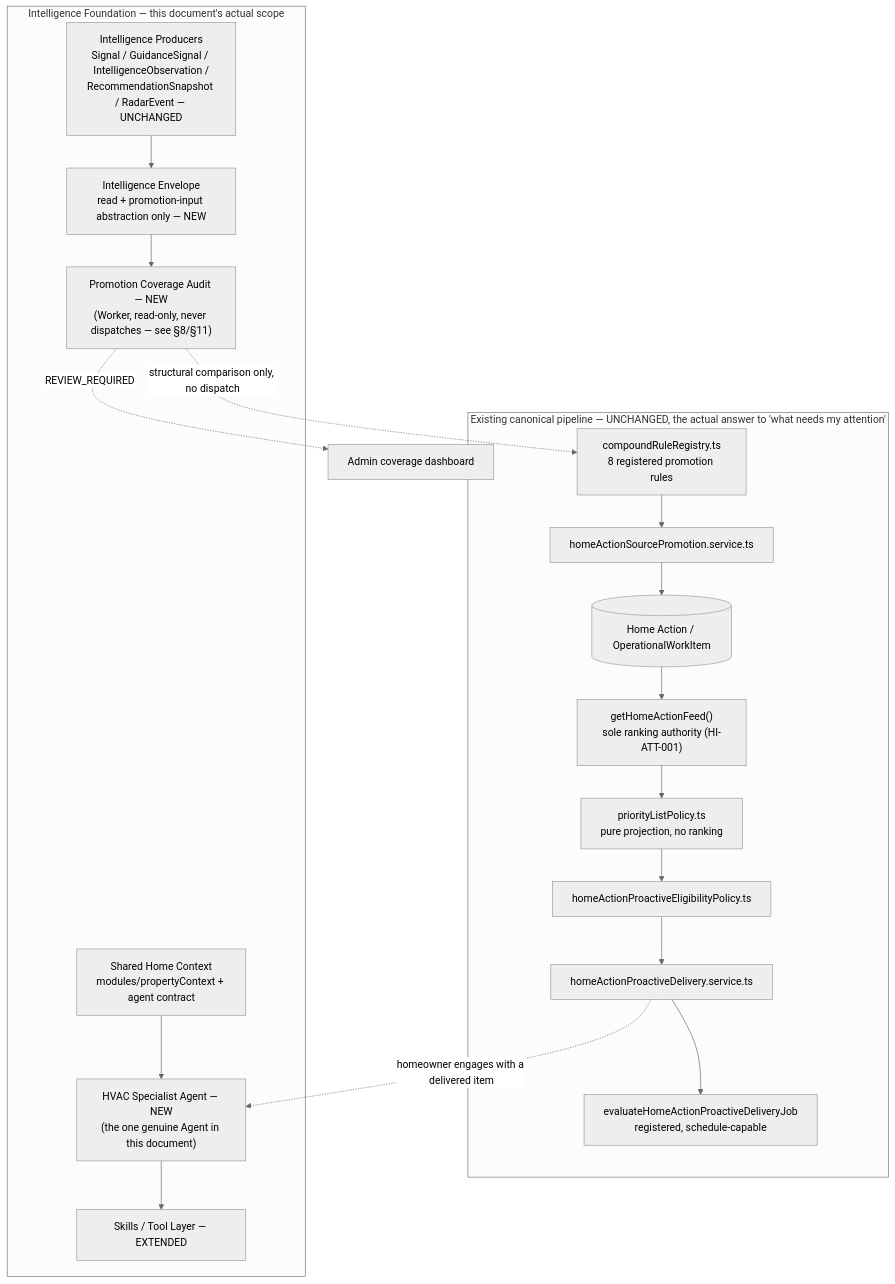
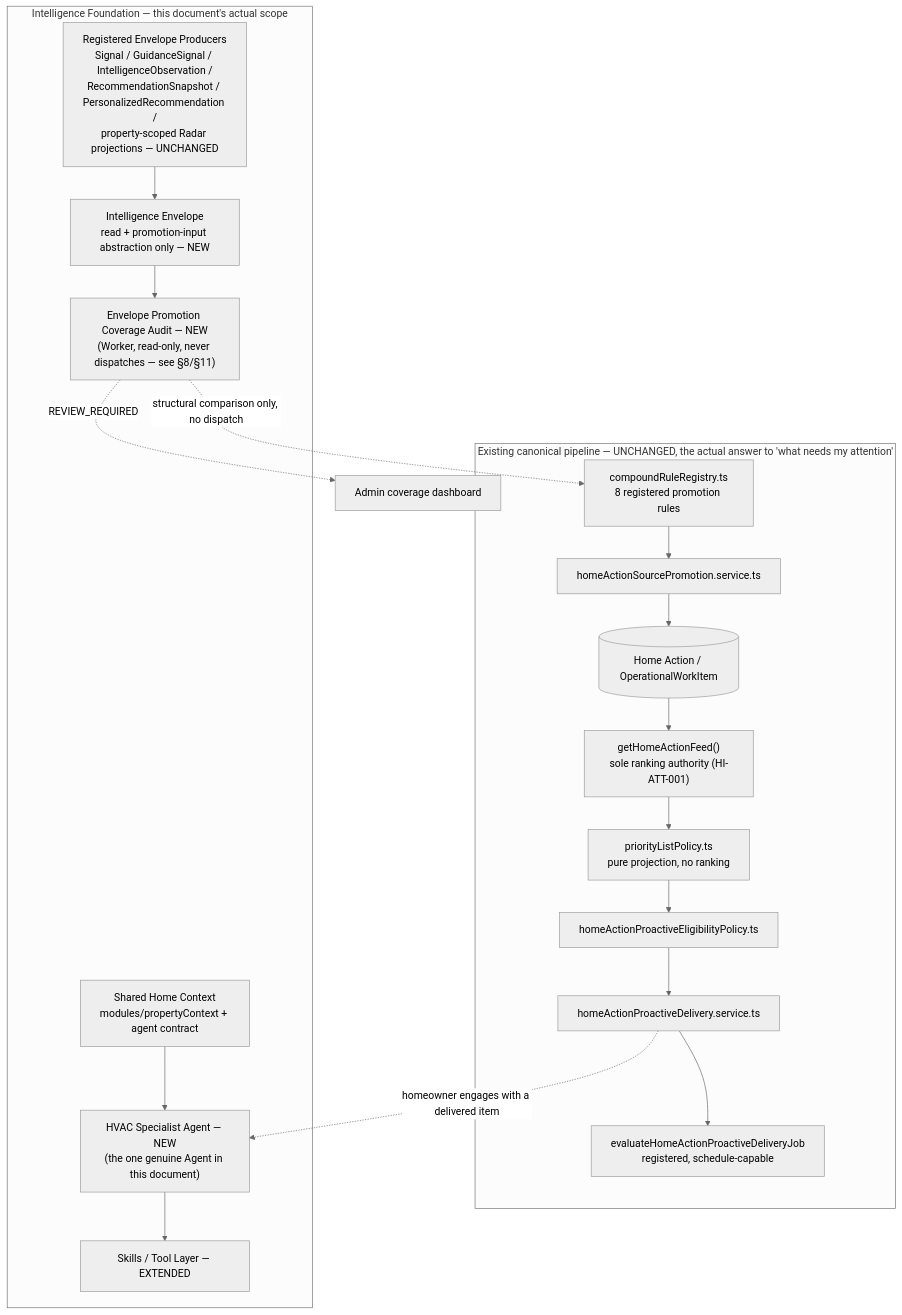
The first of 9 diagrams in docs/architecture/C2C_INTELLIGENCE_AGENTIC_EVOLUTION_ARCHITECTURE.md (madhuboyin/contract-to-cozy1), drawn with Mermaid (neutral theme) before and after one commit. The commit also changed other lines of this file, not shown here.

Commit message:
docs: resolve agentic architecture decisions

````diff
--- a/docs/architecture/C2C_INTELLIGENCE_AGENTIC_EVOLUTION_ARCHITECTURE.md
+++ b/docs/architecture/C2C_INTELLIGENCE_AGENTIC_EVOLUTION_ARCHITECTURE.md
@@ -115,30 +131,30 @@
 ```mermaid
 graph TB
   subgraph EXISTING["Existing canonical pipeline — UNCHANGED, the actual answer to 'what needs my attention'"]
     RULES["compoundRuleRegistry.ts\n8 registered promotion rules"]
     PROMO["homeActionSourcePromotion.service.ts"]
     HA[("Home Action / OperationalWorkItem")]
     FEED["getHomeActionFeed()\nsole ranking authority (HI-ATT-001)"]
     PLP["priorityListPolicy.ts\npure projection, no ranking"]
     ELIG["homeActionProactiveEligibilityPolicy.ts"]
     DELIV["homeActionProactiveDelivery.service.ts"]
     CRON["evaluateHomeActionProactiveDeliveryJob\nregistered, schedule-capable"]
   end
 
   subgraph FOUNDATION["Intelligence Foundation — this document's actual scope"]
     CTX["Shared Home Context\nmodules/propertyContext + agent contract"]
-    PROD["Intelligence Producers\nSignal / GuidanceSignal / IntelligenceObservation /\nRecommendationSnapshot / RadarEvent — UNCHANGED"]
+    PROD["Registered Envelope Producers\nSignal / GuidanceSignal / IntelligenceObservation /\nRecommendationSnapshot / PersonalizedRecommendation /\nproperty-scoped Radar projections — UNCHANGED"]
     ENV["Intelligence Envelope\nread + promotion-input abstraction only — NEW"]
-    COVAUDIT["Promotion Coverage Audit — NEW\n(Worker, read-only, never dispatches — see §8/§11)"]
+    COVAUDIT["Envelope Promotion Coverage Audit — NEW\n(Worker, read-only, never dispatches — see §8/§11)"]
     SKILLS["Skills / Tool Layer — EXTENDED"]
     SPEC["HVAC Specialist Agent — NEW\n(the one genuine Agent in this document)"]
   end
 
   PROD --> ENV --> COVAUDIT
   COVAUDIT -.->|"structural comparison only, no dispatch"| RULES
   COVAUDIT -.->|"REVIEW_REQUIRED"| ADMIN["Admin coverage dashboard"]
   RULES --> PROMO --> HA --> FEED --> PLP --> ELIG --> DELIV --> CRON
   CTX --> SPEC
   DELIV -.homeowner engages with a delivered item.-> SPEC
   SPEC --> SKILLS
 ```
````
